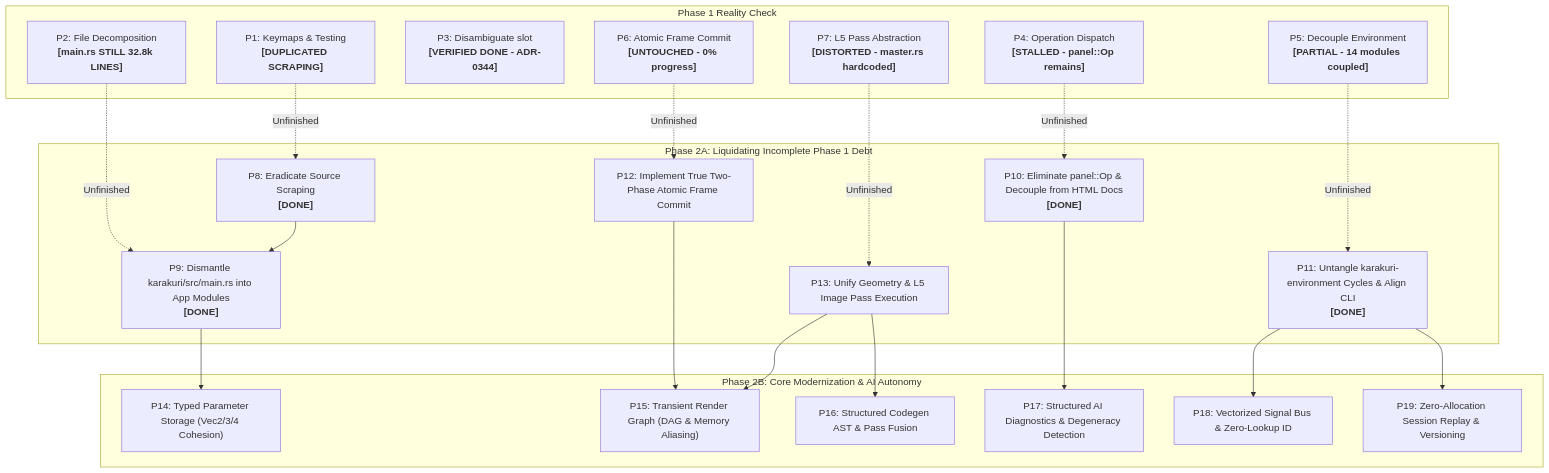
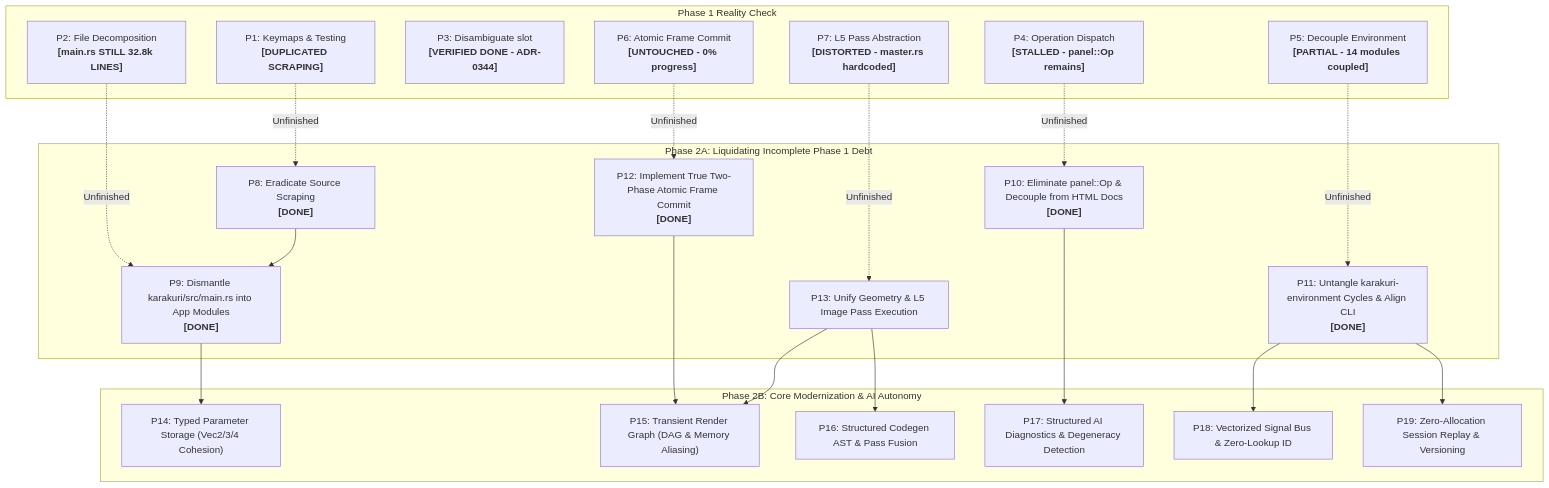
Before and after one commit to toyoshim-i/Karakuri: the diagram in docs/refactoring.md, drawn with Mermaid. The commit also changed other lines of this file and 23 other files, not shown here.

First line of the commit message:
refactor(engine): implement true two-phase atomic frame commit (P12)

````diff
--- a/docs/refactoring.md
+++ b/docs/refactoring.md
@@ -26,45 +26,45 @@
 ```mermaid
 graph TD
     subgraph Phase1Reality["Phase 1 Reality Check"]
         P1["P1: Keymaps & Testing<br/><b>[DUPLICATED SCRAPING]</b>"]
         P2["P2: File Decomposition<br/><b>[main.rs STILL 32.8k LINES]</b>"]
         P3["P3: Disambiguate slot<br/><b>[VERIFIED DONE - ADR-0344]</b>"]
         P4["P4: Operation Dispatch<br/><b>[STALLED - panel::Op remains]</b>"]
         P5["P5: Decouple Environment<br/><b>[PARTIAL - 14 modules coupled]</b>"]
         P6["P6: Atomic Frame Commit<br/><b>[UNTOUCHED - 0% progress]</b>"]
         P7["P7: L5 Pass Abstraction<br/><b>[DISTORTED - master.rs hardcoded]</b>"]
     end
 
     subgraph Phase2A["Phase 2A: Liquidating Incomplete Phase 1 Debt"]
         P8["P8: Eradicate Source Scraping<br/><b>[DONE]</b>"]
         P9["P9: Dismantle karakuri/src/main.rs into App Modules<br/><b>[DONE]</b>"]
         P10["P10: Eliminate panel::Op & Decouple from HTML Docs<br/><b>[DONE]</b>"]
         P11["P11: Untangle karakuri-environment Cycles & Align CLI<br/><b>[DONE]</b>"]
-        P12["P12: Implement True Two-Phase Atomic Frame Commit"]
+        P12["P12: Implement True Two-Phase Atomic Frame Commit<br/><b>[DONE]</b>"]
         P13["P13: Unify Geometry & L5 Image Pass Execution"]
     end
 
     subgraph Phase2B["Phase 2B: Core Modernization & AI Autonomy"]
         P14["P14: Typed Parameter Storage (Vec2/3/4 Cohesion)"]
         P15["P15: Transient Render Graph (DAG & Memory Aliasing)"]
         P16["P16: Structured Codegen AST & Pass Fusion"]
         P17["P17: Structured AI Diagnostics & Degeneracy Detection"]
         P18["P18: Vectorized Signal Bus & Zero-Lookup ID"]
         P19["P19: Zero-Allocation Session Replay & Versioning"]
     end
 
     P1 -.->|Unfinished| P8
     P2 -.->|Unfinished| P9
     P4 -.->|Unfinished| P10
     P5 -.->|Unfinished| P11
     P6 -.->|Unfinished| P12
     P7 -.->|Unfinished| P13
     P8 --> P9
     P9 --> P14
     P12 --> P15
     P13 --> P15
     P13 --> P16
     P10 --> P17
     P11 --> P18
     P11 --> P19
 ```
````
